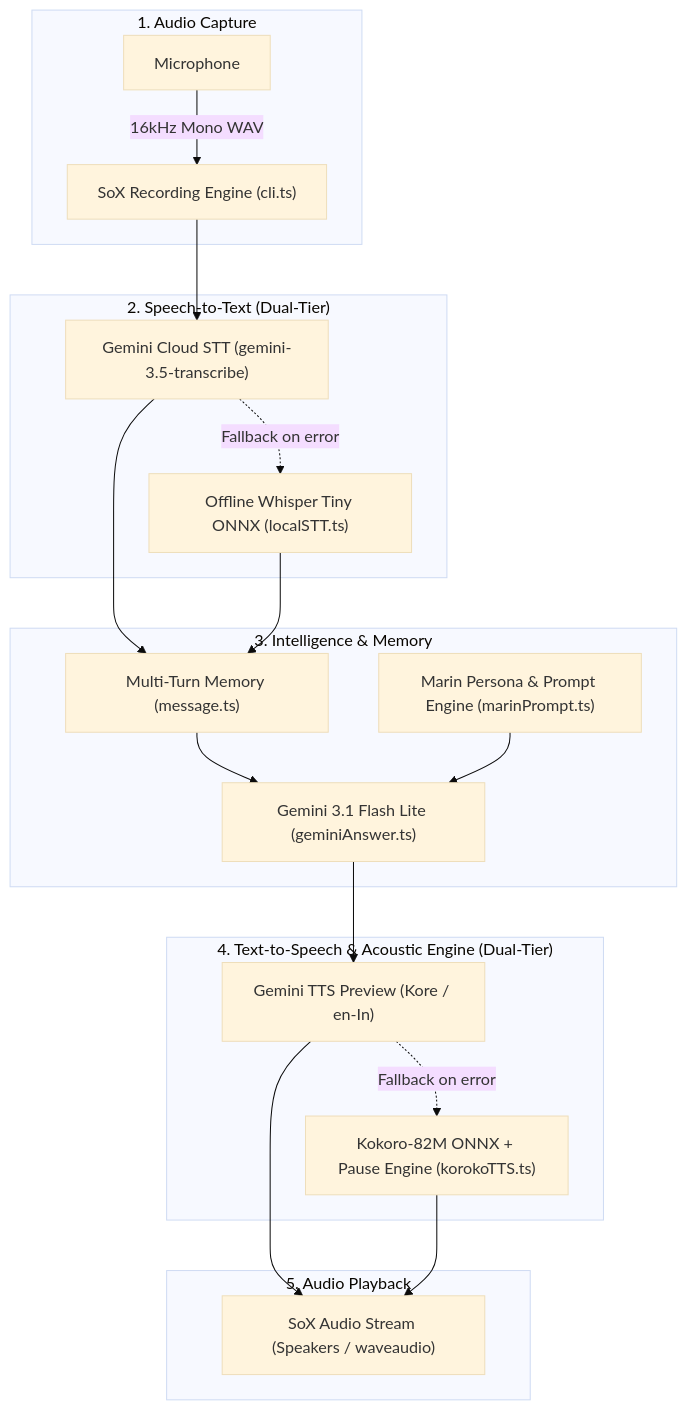
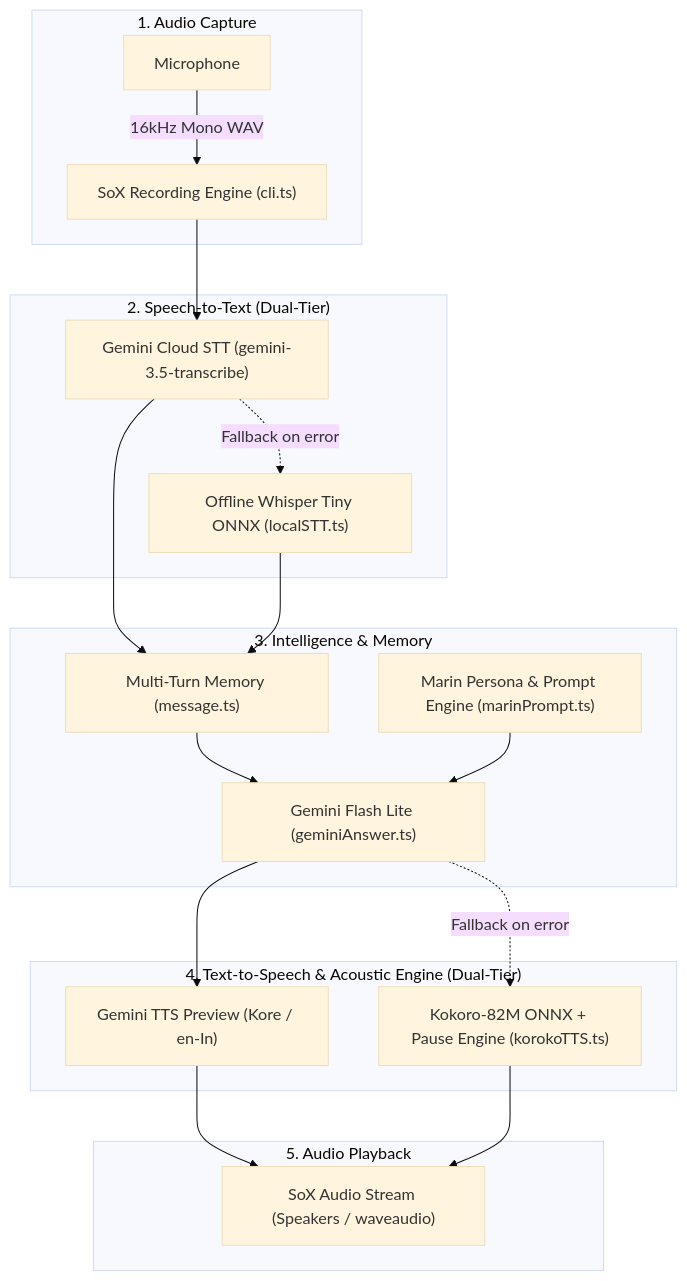
Before and after one commit to subhamoydatta703/Marin: the second of 2 diagrams in README.md, drawn with Mermaid (base theme). The commit also changed other lines of this file, not shown here.

````diff
--- a/README.md
+++ b/README.md
@@ -43,28 +92,28 @@
 ```mermaid
 flowchart TD
-    subgraph Input ["1. Audio Capture"]
-        Mic[Microphone] -->|16kHz Mono WAV| SoxRec["SoX Recording Engine (cli.ts)"]
+    subgraph Input_TS ["1. Audio Capture"]
+        Mic_TS[Microphone] -->|16kHz Mono WAV| SoxRec["SoX Recording Engine (cli.ts)"]
     end
 
-    subgraph STT ["2. Speech-to-Text (Dual-Tier)"]
+    subgraph STT_TS ["2. Speech-to-Text (Dual-Tier)"]
         SoxRec --> STT_Gemini["Gemini Cloud STT (gemini-3.5-transcribe)"]
         STT_Gemini -.->|Fallback on error| STT_Local["Offline Whisper Tiny ONNX (localSTT.ts)"]
     end
 
-    subgraph Brain ["3. Intelligence & Memory"]
-        STT_Gemini --> Memory["Multi-Turn Memory (message.ts)"]
-        STT_Local --> Memory
-        Memory --> LLM["Gemini 3.1 Flash Lite (geminiAnswer.ts)"]
-        Prompt["Marin Persona & Prompt Engine (marinPrompt.ts)"] --> LLM
+    subgraph Brain_TS ["3. Intelligence & Memory"]
+        STT_Gemini --> Memory_TS["Multi-Turn Memory (message.ts)"]
+        STT_Local --> Memory_TS
+        Memory_TS --> LLM_TS["Gemini Flash Lite (geminiAnswer.ts)"]
+        Prompt_TS["Marin Persona & Prompt Engine (marinPrompt.ts)"] --> LLM_TS
     end
 
-    subgraph TTS ["4. Text-to-Speech & Acoustic Engine (Dual-Tier)"]
-        LLM --> TTS_Gemini["Gemini TTS Preview (Kore / en-In)"]
-        TTS_Gemini -.->|Fallback on error| TTS_Kokoro["Kokoro-82M ONNX + Pause Engine (korokoTTS.ts)"]
+    subgraph TTS_TS ["4. Text-to-Speech & Acoustic Engine (Dual-Tier)"]
+        LLM_TS --> TTS_Gemini["Gemini TTS Preview (Kore / en-In)"]
+        LLM_TS -.->|Fallback on error| TTS_Kokoro["Kokoro-82M ONNX + Pause Engine (korokoTTS.ts)"]
     end
 
-    subgraph Output ["5. Audio Playback"]
-        TTS_Gemini --> Spk["SoX Audio Stream (Speakers / waveaudio)"]
-        TTS_Kokoro --> Spk
+    subgraph Output_TS ["5. Audio Playback"]
+        TTS_Gemini --> Spk_TS["SoX Audio Stream (Speakers / waveaudio)"]
+        TTS_Kokoro --> Spk_TS
     end
 ```
````
